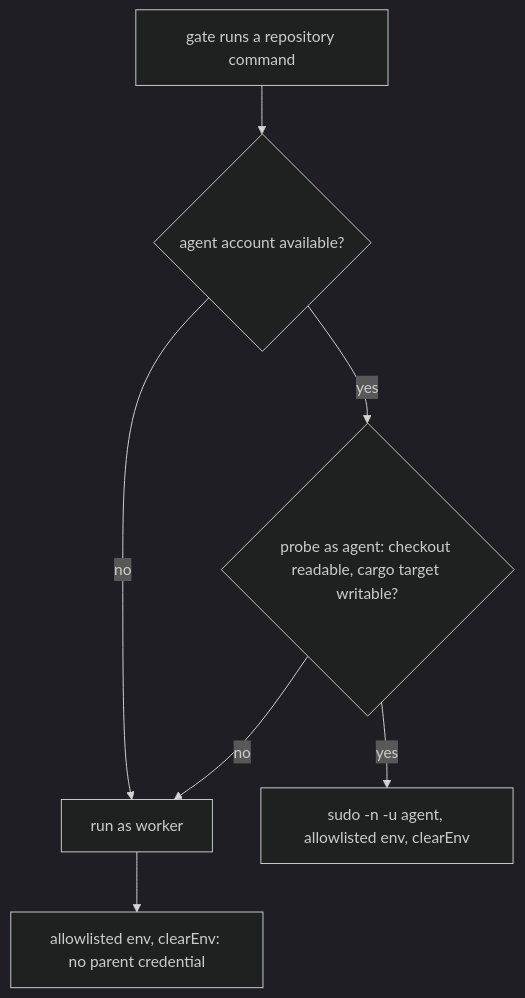
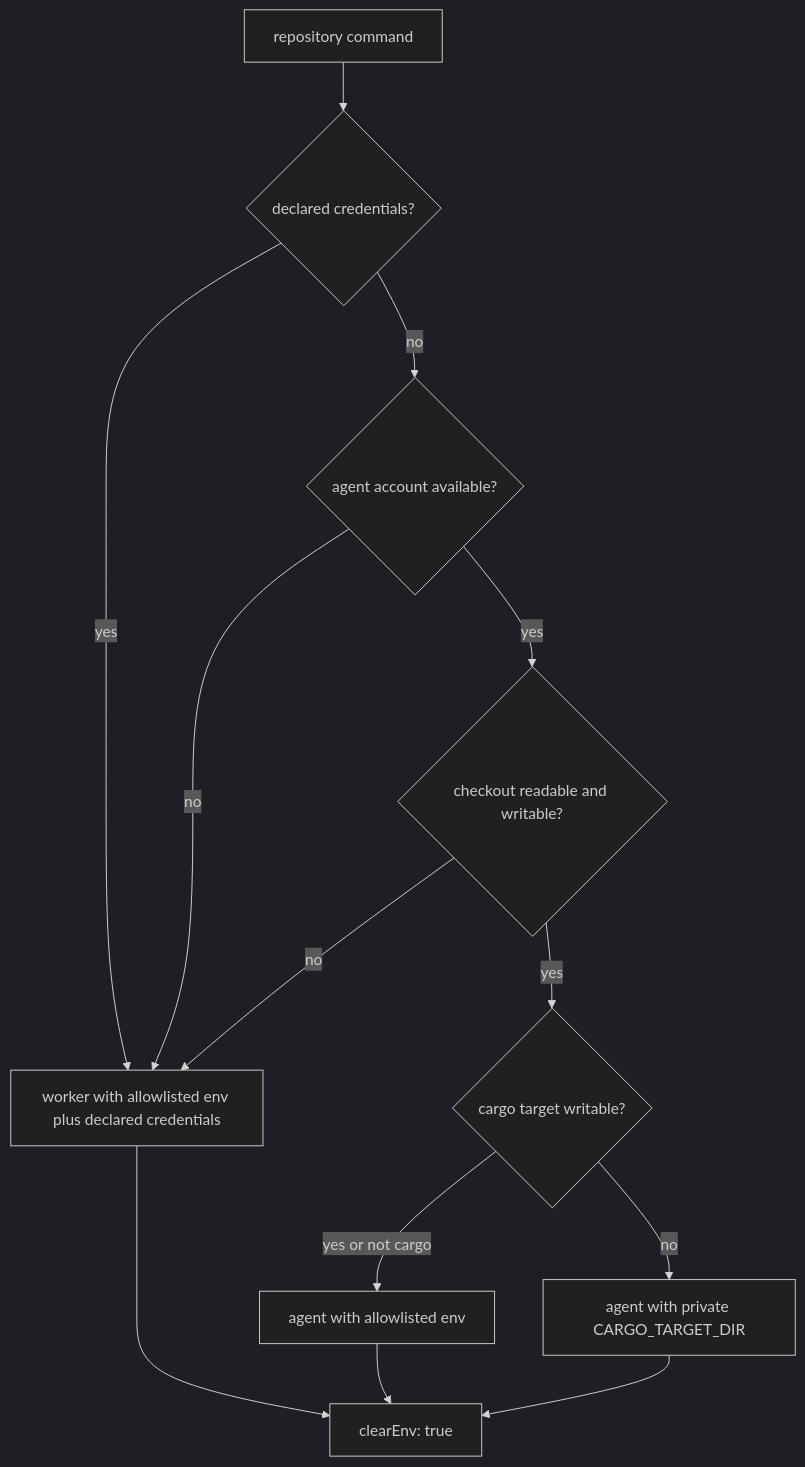
Before and after one commit to stSoftwareAU/VibeCoder: the diagram in docs/archive/pr-summaries/pr-summary-4659.md, drawn with Mermaid (dark theme). The commit also changed other lines of this file and 3 other files, not shown here.

````diff
--- a/docs/archive/pr-summaries/pr-summary-4659.md
+++ b/docs/archive/pr-summaries/pr-summary-4659.md
@@ -15,9 +15,15 @@
 ```mermaid
 flowchart TD
-    A[gate runs a repository command] --> B{agent account available?}
-    B -- no --> E[run as worker]
-    B -- yes --> C{probe as agent: checkout readable, cargo target writable?}
-    C -- yes --> D[sudo -n -u agent, allowlisted env, clearEnv]
-    C -- no --> E
-    E --> F[allowlisted env, clearEnv: no parent credential]
+    A[repository command] --> B{declared credentials?}
+    B -- yes --> W[worker with allowlisted env plus declared credentials]
+    B -- no --> C{agent account available?}
+    C -- no --> W
+    C -- yes --> P{checkout readable and writable?}
+    P -- no --> W
+    P -- yes --> T{cargo target writable?}
+    T -- yes or not cargo --> D[agent with allowlisted env]
+    T -- no --> V[agent with private CARGO_TARGET_DIR]
+    W --> E[clearEnv: true]
+    D --> E
+    V --> E
 ```
````
